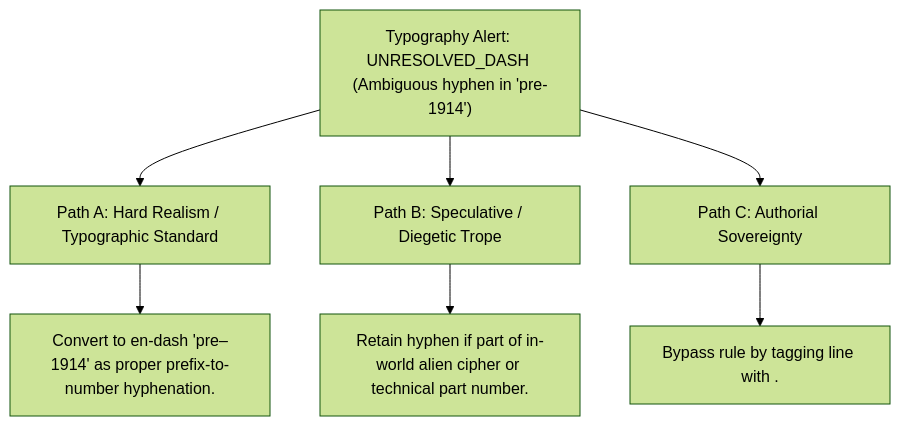
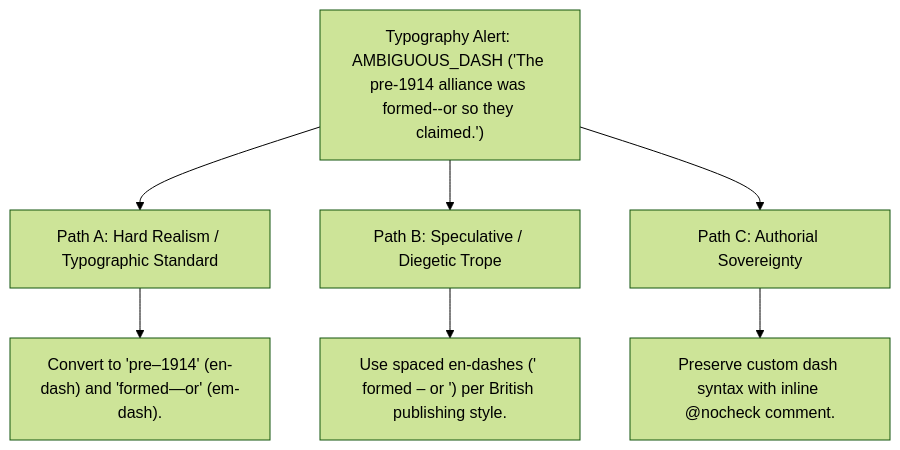
One commit to aryansinghnagar/Ars-Arcanum changed the second of 2 diagrams in docs/TYPOGRAPHY.md. Above: the diagram before and after it, drawn with Mermaid (forest theme). The commit also changed other lines of this file and 239 other files, not shown here.

First line of the commit message:
feat(v5.0.0): streamline to 47 deterministic engines, zero-pip architecture, and encyclopedic craft references

````diff
--- a/docs/TYPOGRAPHY.md
+++ b/docs/TYPOGRAPHY.md
@@ -97,10 +159,10 @@
 ```mermaid
 flowchart TD
-    Alert["Typography Alert: UNRESOLVED_DASH (Ambiguous hyphen in 'pre-1914')"] --> PathA["Path A: Hard Realism / Typographic Standard"]
+    Alert["Typography Alert: AMBIGUOUS_DASH ('The pre-1914 alliance was formed--or so they claimed.')"] --> PathA["Path A: Hard Realism / Typographic Standard"]
     Alert --> PathB["Path B: Speculative / Diegetic Trope"]
     Alert --> PathC["Path C: Authorial Sovereignty"]
     
-    PathA --> SolA["Convert to en-dash 'pre–1914' as proper prefix-to-number hyphenation."]
-    PathB --> SolB["Retain hyphen if part of in-world alien cipher or technical part number."]
-    PathC --> SolC["Bypass rule by tagging line with <!-- no-typo -->."]
+    PathA --> SolA["Convert to 'pre–1914' (en-dash) and 'formed—or' (em-dash)."]
+    PathB --> SolB["Use spaced en-dashes (' formed – or ') per British publishing style."]
+    PathC --> SolC["Preserve custom dash syntax with inline @nocheck comment."]
 ```
````
